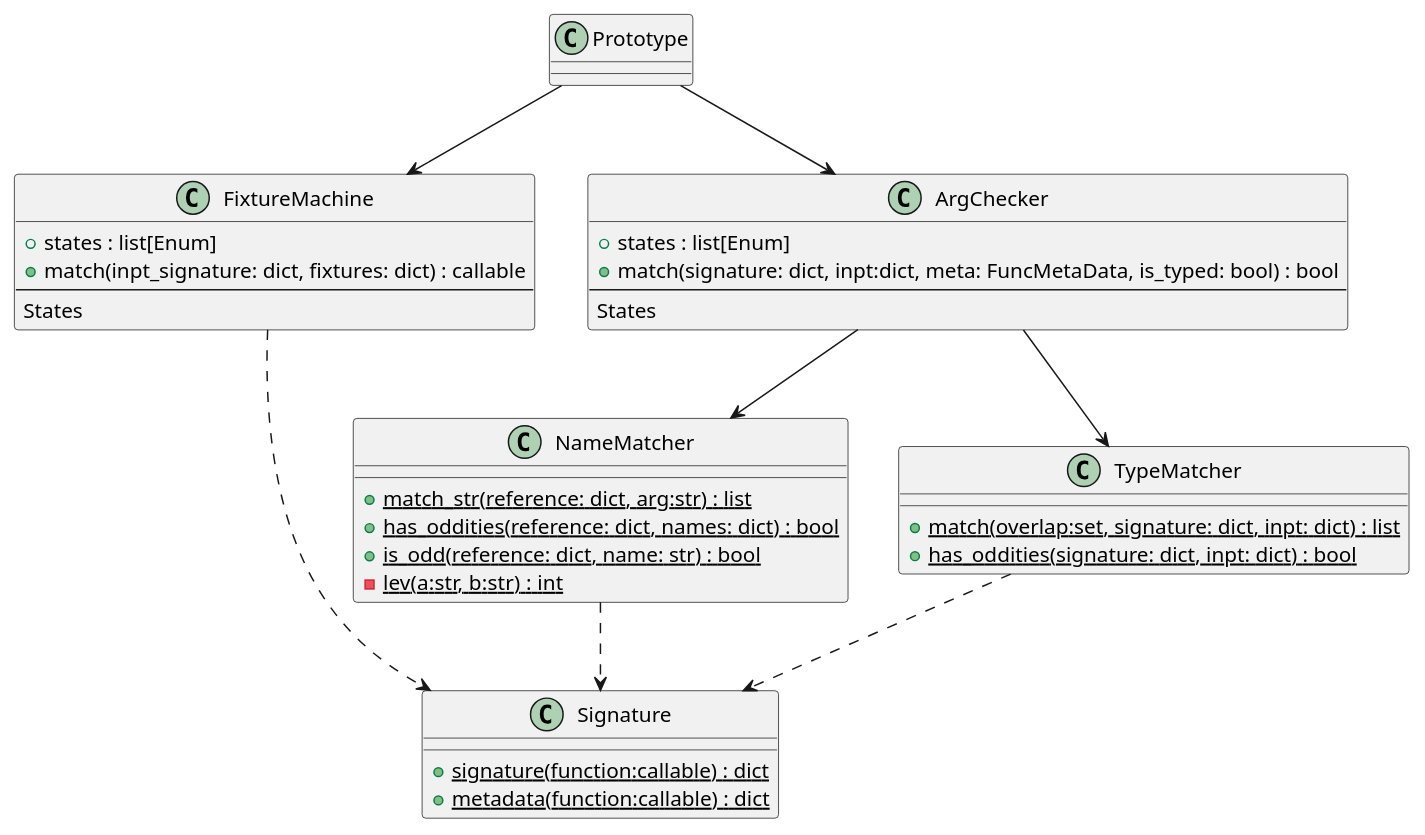
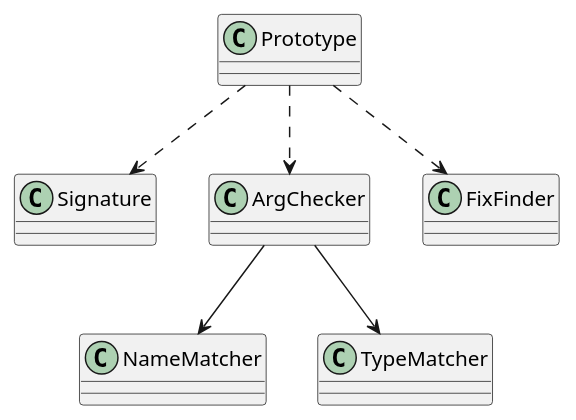
The diagram in docs/diagrams/src/classes.puml (daplhall/PyFuncPrototypes), drawn with PlantUML before and after one commit. The commit also changed 2 other files, not shown here.

```diff
--- a/docs/diagrams/src/classes.puml
+++ b/docs/diagrams/src/classes.puml
@@ -1,48 +1,30 @@
 @startuml FunctionPrototype
 hide empty description
 
 class Signature{
-	+{static} signature(function:callable) : dict
-	+{static} metadata(function:callable) : dict
 }
 
 class NameMatcher{
-	+{static} match_str(reference: dict, arg:str) : list
-	+{static} has_oddities(reference: dict, names: dict) : bool
-	+{static} is_odd(reference: dict, name: str) : bool
-	-{static} lev(a:str, b:str) : int
 }
 
-class TypeMatcher{
-	+{static} match(overlap:set, signature: dict, inpt: dict) : list
-	+{static} has_oddities(signature: dict, inpt: dict) : bool
+class ArgChecker{
 }
 
 class Prototype{
 	
 }
 
-class FixtureMachine{
-	+ states : list[Enum]
-	+ match(inpt_signature: dict, fixtures: dict) : callable
-	--
-	States
+class FixFinder{
 }
 class ArgChecker{
-	+ states : list[Enum]
-	+ match(signature: dict, inpt:dict, meta: FuncMetaData, is_typed: bool) : bool
-	--
-	States
 }
 
 
 
-Prototype-->ArgChecker
-Prototype-->FixtureMachine
+Prototype..>ArgChecker
+Prototype..>FixFinder
 ArgChecker-->NameMatcher
 ArgChecker-->TypeMatcher
-NameMatcher ..>Signature
-TypeMatcher ..>Signature
-FixtureMachine ..>Signature
+Prototype ..> Signature
 
 @enduml
```
